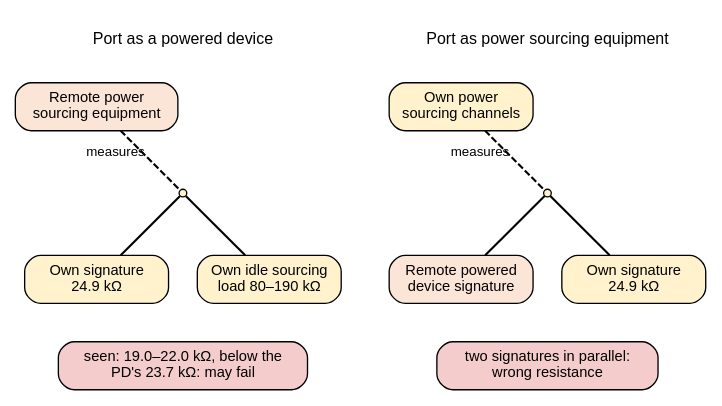
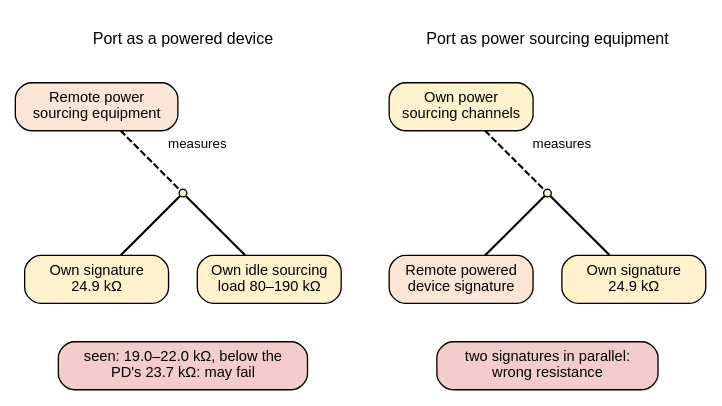
Before and after one commit to mithro/evampire: the diagram in docs/power/poe/dual-role-detect.dot, drawn with Graphviz.

Commit message:
Move the measures labels clear of their dashed lines

```diff
--- a/docs/power/poe/dual-role-detect.dot
+++ b/docs/power/poe/dual-role-detect.dot
@@ -1,41 +1,45 @@
 // Why a port that can take either role disconnects the path it is not
 // using. From dual-role.rst. Fixed grid (positions in inches): left panel
 // x=0-3.4, right x=3.8-7.2.
 //
 // Fill colours: far-end equipment #fbe5d6, power circuits #fff2cc,
 // outcomes #f4cccc (invalid). Dashed edges are measurements.
 //
 // SPDX-License-Identifier: Apache-2.0
 
 graph dual_role_detect {
     graph [layout=neato, splines=false, overlap=true, outputorder=edgesfirst,
            fontname="Helvetica"];
     node  [shape=box, style="rounded,filled", fillcolor="#fff2cc",
            fontname="Helvetica", fontsize=11, width=1.5, height=0.5,
            fixedsize=true];
     edge  [fontname="Helvetica", fontsize=10, penwidth=1.6];
 
     t1 [pos="1.7,3.6!", shape=plaintext, style="", width=3.3, fontsize=12,
         label="Port as a powered device"];
     t2 [pos="5.5,3.6!", shape=plaintext, style="", width=3.3, fontsize=12,
         label="Port as power sourcing equipment"];
 
     r1 [pos="0.8,2.9!", label="Remote power\nsourcing equipment", width=1.7,
         fillcolor="#fbe5d6"];
     c1 [pos="1.7,2.0!", shape=point, width=0.08];
     s1 [pos="0.8,1.1!", label="Own signature\n24.9 kΩ"];
     d1 [pos="2.6,1.1!", label="Own idle sourcing\nload 80–190 kΩ"];
     o1 [pos="1.7,0.2!", label="seen: 19.0–22.0 kΩ, below the\nPD's 23.7 kΩ: may fail", width=2.6,
         fillcolor="#f4cccc"];
-    r1 -- c1 [style=dashed, label="  measures"];
+    r1 -- c1 [style=dashed];
+    m1 [pos="1.85,2.5!", shape=plaintext, style="", width=0.8, height=0.25,
+        fontsize=10, label="measures"];
     c1 -- s1; c1 -- d1;
 
     r2 [pos="4.6,2.9!", label="Own power\nsourcing channels"];
     c2 [pos="5.5,2.0!", shape=point, width=0.08];
     s2 [pos="4.6,1.1!", label="Remote powered\ndevice signature", fillcolor="#fbe5d6"];
     d2 [pos="6.4,1.1!", label="Own signature\n24.9 kΩ"];
     o2 [pos="5.5,0.2!", label="two signatures in parallel:\nwrong resistance", width=2.3,
         fillcolor="#f4cccc"];
-    r2 -- c2 [style=dashed, label="  measures"];
+    r2 -- c2 [style=dashed];
+    m2 [pos="5.65,2.5!", shape=plaintext, style="", width=0.8, height=0.25,
+        fontsize=10, label="measures"];
     c2 -- s2; c2 -- d2;
 }
```
